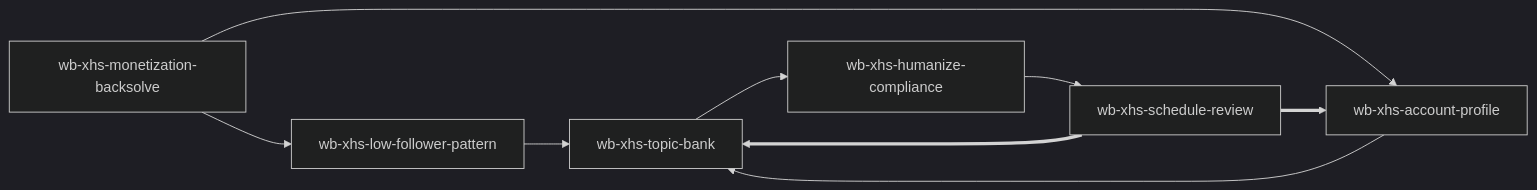
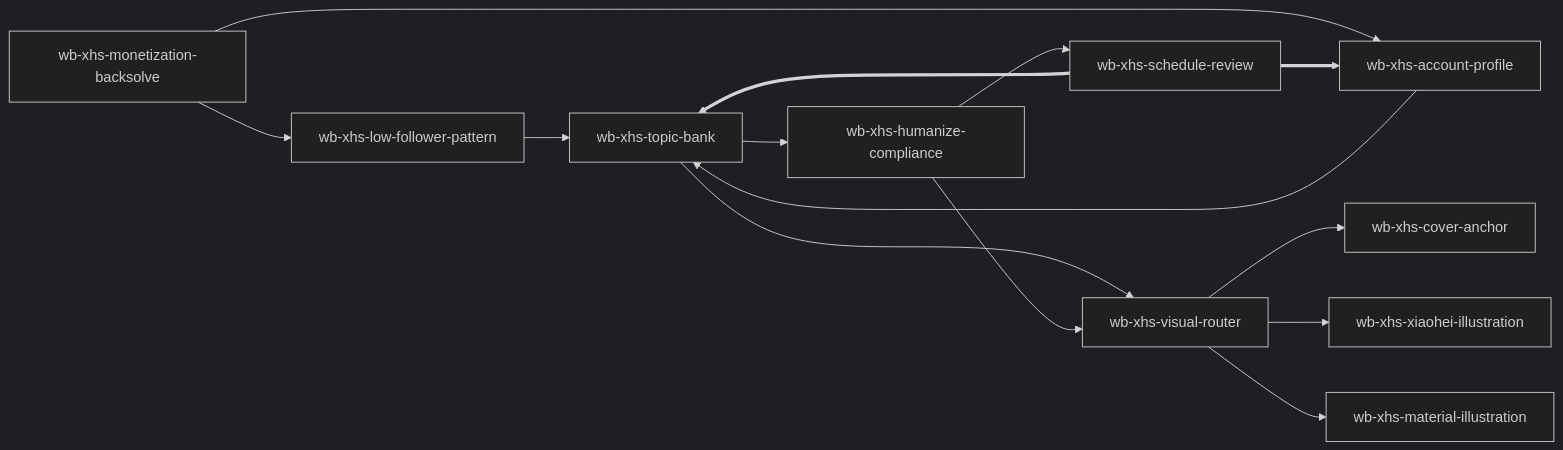
Before and after one commit to jackbauerxu/workbuddy-xhs-skills: the diagram in INDEX.md, drawn with Mermaid (dark theme). The commit also changed other lines of this file and 22 other files, not shown here.

Commit message:
feat: add XHS visual specialist skills

````diff
--- a/INDEX.md
+++ b/INDEX.md
@@ -38,11 +45,16 @@
 ```mermaid
 graph LR
     A["wb-xhs-monetization-backsolve"] --> B["wb-xhs-low-follower-pattern"]
     A --> C["wb-xhs-account-profile"]
     B --> D["wb-xhs-topic-bank"]
     C --> D
     D --> E["wb-xhs-humanize-compliance"]
     E --> F["wb-xhs-schedule-review"]
     F ==> D
     F ==> C
+    D --> G["wb-xhs-visual-router"]
+    E --> G
+    G --> H["wb-xhs-cover-anchor"]
+    G --> I["wb-xhs-xiaohei-illustration"]
+    G --> J["wb-xhs-material-illustration"]
 ```
````
